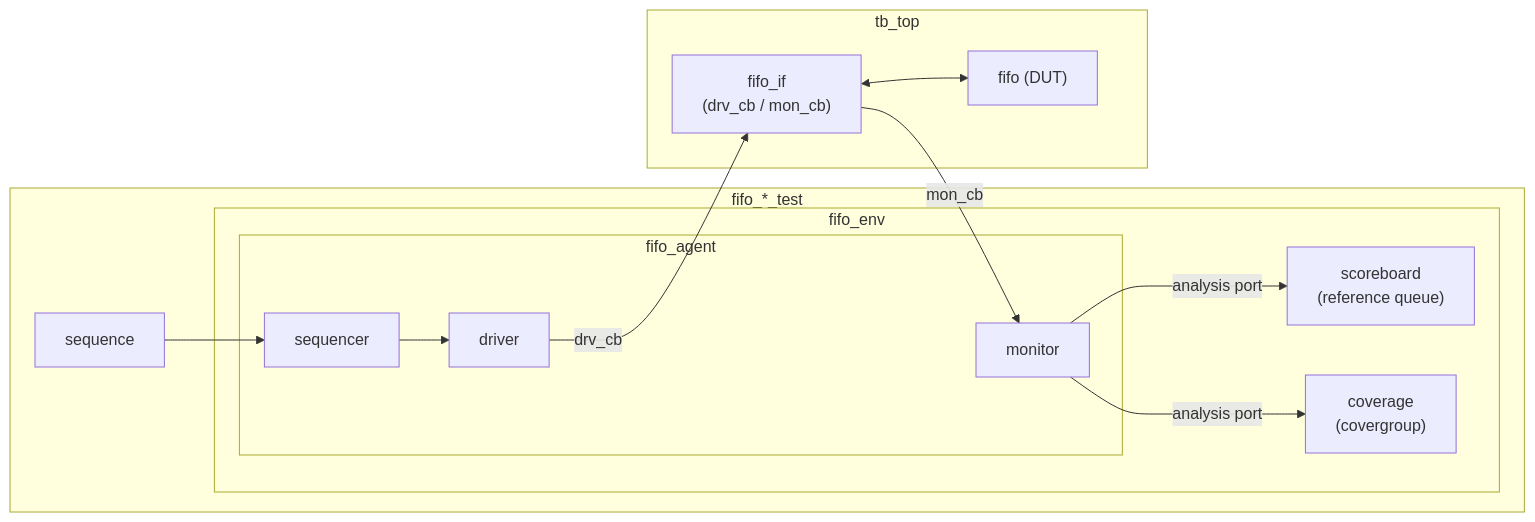
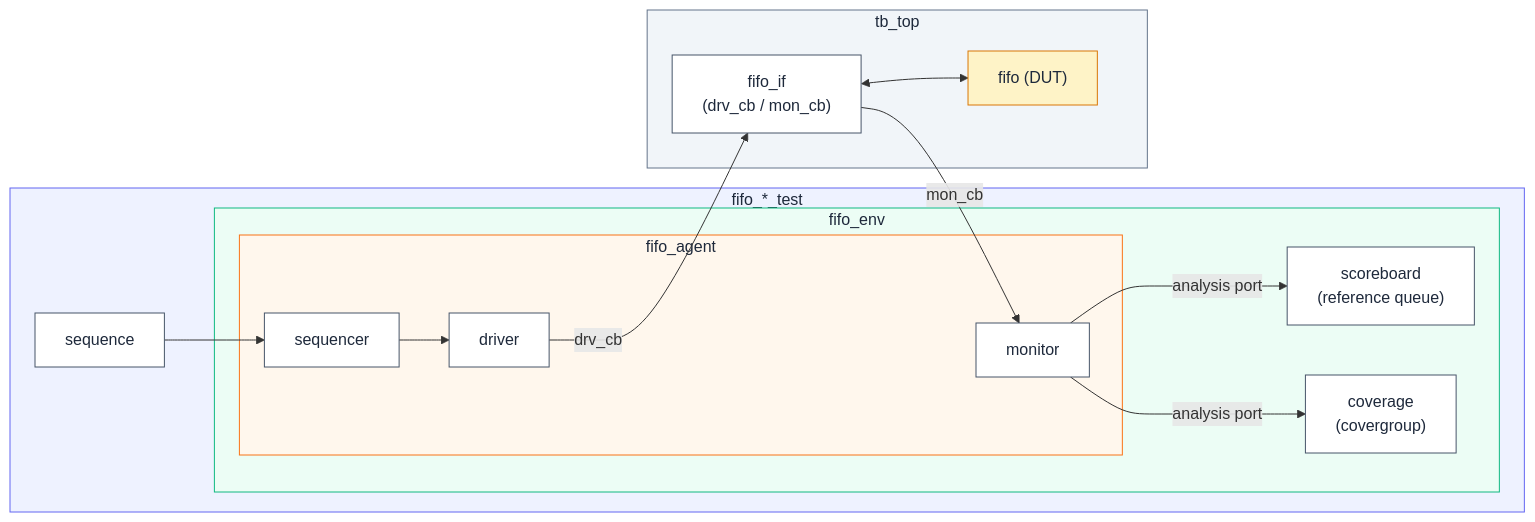
The diagram in README.md (OmerGunbakmaz/UVM-FIFO), drawn with Mermaid before and after one commit.

Commit message:
Restore detailed architecture diagram

````diff
--- a/README.md
+++ b/README.md
@@ -12,26 +12,36 @@
 ```mermaid
 flowchart LR
     subgraph TEST["fifo_*_test"]
         SEQ["sequence"]
         subgraph ENV["fifo_env"]
             subgraph AGENT["fifo_agent"]
                 SQR["sequencer"] --> DRV["driver"]
                 MON["monitor"]
             end
             SCB["scoreboard<br/>(reference queue)"]
             COV["coverage<br/>(covergroup)"]
         end
     end
 
     subgraph TOP["tb_top"]
         IF["fifo_if<br/>(drv_cb / mon_cb)"]
         DUT["fifo (DUT)"]
         IF <--> DUT
     end
 
     SEQ --> SQR
     DRV -- "drv_cb" --> IF
     IF -- "mon_cb" --> MON
     MON -- "analysis port" --> SCB
     MON -- "analysis port" --> COV
+
+    classDef comp fill:#ffffff,stroke:#475569,color:#1e293b
+    classDef dut fill:#fef3c7,stroke:#d97706,color:#1e293b
+    class SEQ,SQR,DRV,MON,SCB,COV,IF comp
+    class DUT dut
+
+    style TEST fill:#eef2ff,stroke:#6366f1,color:#1e293b
+    style ENV fill:#ecfdf5,stroke:#10b981,color:#1e293b
+    style AGENT fill:#fff7ed,stroke:#f97316,color:#1e293b
+    style TOP fill:#f1f5f9,stroke:#64748b,color:#1e293b
 ```
````
